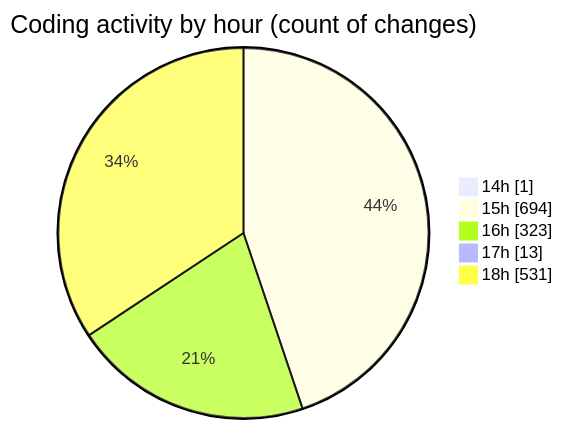
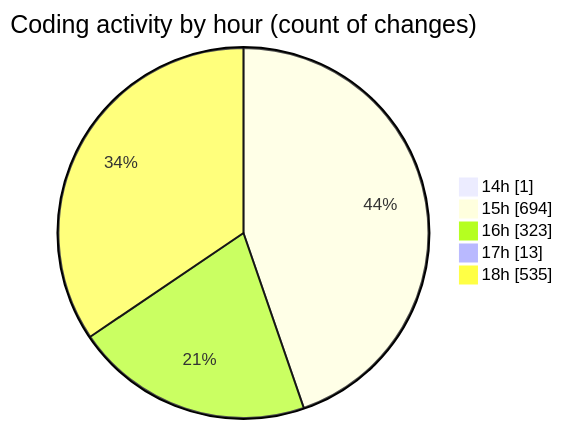
One commit to nxtqubesakshisongat/code-tracking changed the second of 2 diagrams in 2025-04-10/nxtqube_webapp/README.md. Above: the diagram before and after it, drawn with Mermaid. The commit also changed other lines of this file and 1 other file, not shown here.

````diff
--- a/2025-04-10/nxtqube_webapp/README.md
+++ b/2025-04-10/nxtqube_webapp/README.md
@@ -34,9 +36,9 @@
 ```mermaid
 pie showData
 title Coding activity by hour (count of changes)
 "14h" : 1
 "15h" : 694
 "16h" : 323
 "17h" : 13
-"18h" : 531
+"18h" : 535
 ```
````
